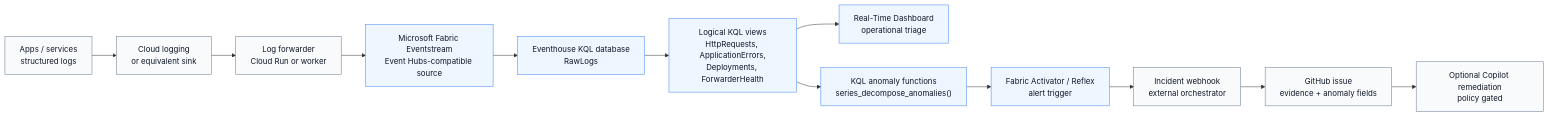
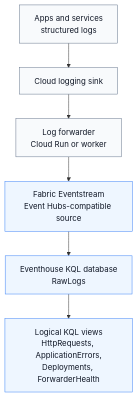
One commit to Metafiziks/grizl-fabric-observability changed the first of 2 diagrams in README.md. Above: the diagram before and after it, drawn with Mermaid. The commit also changed other lines of this file, not shown here.

Commit message:
Improve architecture diagram readability

````diff
--- a/README.md
+++ b/README.md
@@ -17,20 +19,16 @@
 ```mermaid
-flowchart LR
-    app["Apps / services<br/>structured logs"] --> logging["Cloud logging<br/>or equivalent sink"]
-    logging --> forwarder["Log forwarder<br/>Cloud Run or worker"]
-    forwarder --> eventstream["Microsoft Fabric Eventstream<br/>Event Hubs-compatible source"]
-    eventstream --> rawlogs["Eventhouse KQL database<br/>RawLogs"]
+flowchart TB
+    app["Apps and services<br/>structured logs"]
+    logging["Cloud logging sink"]
+    forwarder["Log forwarder<br/>Cloud Run or worker"]
+    eventstream["Fabric Eventstream<br/>Event Hubs-compatible source"]
+    rawlogs["Eventhouse KQL database<br/>RawLogs"]
+    views["Logical KQL views<br/>HttpRequests, ApplicationErrors,<br/>Deployments, ForwarderHealth"]
 
-    rawlogs --> views["Logical KQL views<br/>HttpRequests, ApplicationErrors,<br/>Deployments, ForwarderHealth"]
-    views --> dashboards["Real-Time Dashboard<br/>operational triage"]
-    views --> anomaly["KQL anomaly functions<br/>series_decompose_anomalies()"]
-    anomaly --> activator["Fabric Activator / Reflex<br/>alert trigger"]
-    activator --> webhook["Incident webhook<br/>external orchestrator"]
-    webhook --> issue["GitHub issue<br/>evidence + anomaly fields"]
-    issue --> copilot["Optional Copilot remediation<br/>policy gated"]
+    app --> logging --> forwarder --> eventstream --> rawlogs --> views
 
     classDef fabric fill:#eef6ff,stroke:#3b82f6,color:#111827;
     classDef external fill:#f8fafc,stroke:#64748b,color:#111827;
-    class eventstream,rawlogs,views,dashboards,anomaly,activator fabric;
-    class app,logging,forwarder,webhook,issue,copilot external;
+    class eventstream,rawlogs,views fabric;
+    class app,logging,forwarder external;
 ```
````
